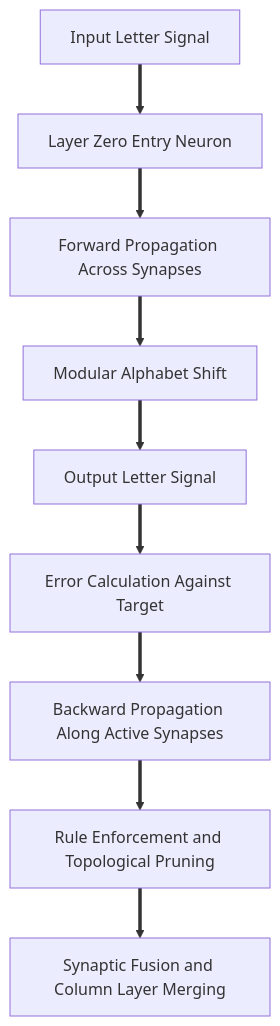
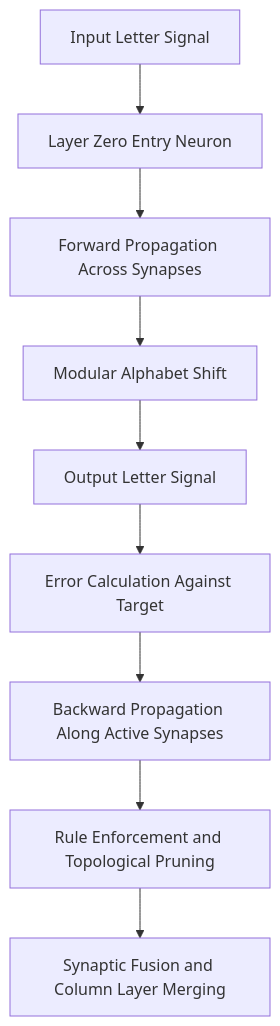
Before and after one commit to Ahmad-Ali-Shah/E_i250817_A1: the first of 3 diagrams in README.md, drawn with Mermaid. The commit also changed other lines of this file, not shown here.

Commit message:
Fix flowchart syntax to standard Mermaid arrows

````diff
--- a/README.md
+++ b/README.md
@@ -9,11 +9,11 @@
 ```mermaid
 flowchart TD
-    InputSignal["Input Letter Signal"] ==> MeshEntry["Layer Zero Entry Neuron"]
-    MeshEntry ==> ForwardPass["Forward Propagation Across Synapses"]
-    ForwardPass ==> ModularTransform["Modular Alphabet Shift"]
-    ModularTransform ==> OutputSignal["Output Letter Signal"]
-    OutputSignal ==> ErrorCalculation["Error Calculation Against Target"]
-    ErrorCalculation ==> BackwardPass["Backward Propagation Along Active Synapses"]
-    BackwardPass ==> RuleEnforcement["Rule Enforcement and Topological Pruning"]
-    RuleEnforcement ==> StructuralFusion["Synaptic Fusion and Column Layer Merging"]
+    InputSignal["Input Letter Signal"] --> MeshEntry["Layer Zero Entry Neuron"]
+    MeshEntry --> ForwardPass["Forward Propagation Across Synapses"]
+    ForwardPass --> ModularTransform["Modular Alphabet Shift"]
+    ModularTransform --> OutputSignal["Output Letter Signal"]
+    OutputSignal --> ErrorCalculation["Error Calculation Against Target"]
+    ErrorCalculation --> BackwardPass["Backward Propagation Along Active Synapses"]
+    BackwardPass --> RuleEnforcement["Rule Enforcement and Topological Pruning"]
+    RuleEnforcement --> StructuralFusion["Synaptic Fusion and Column Layer Merging"]
 ```
````
